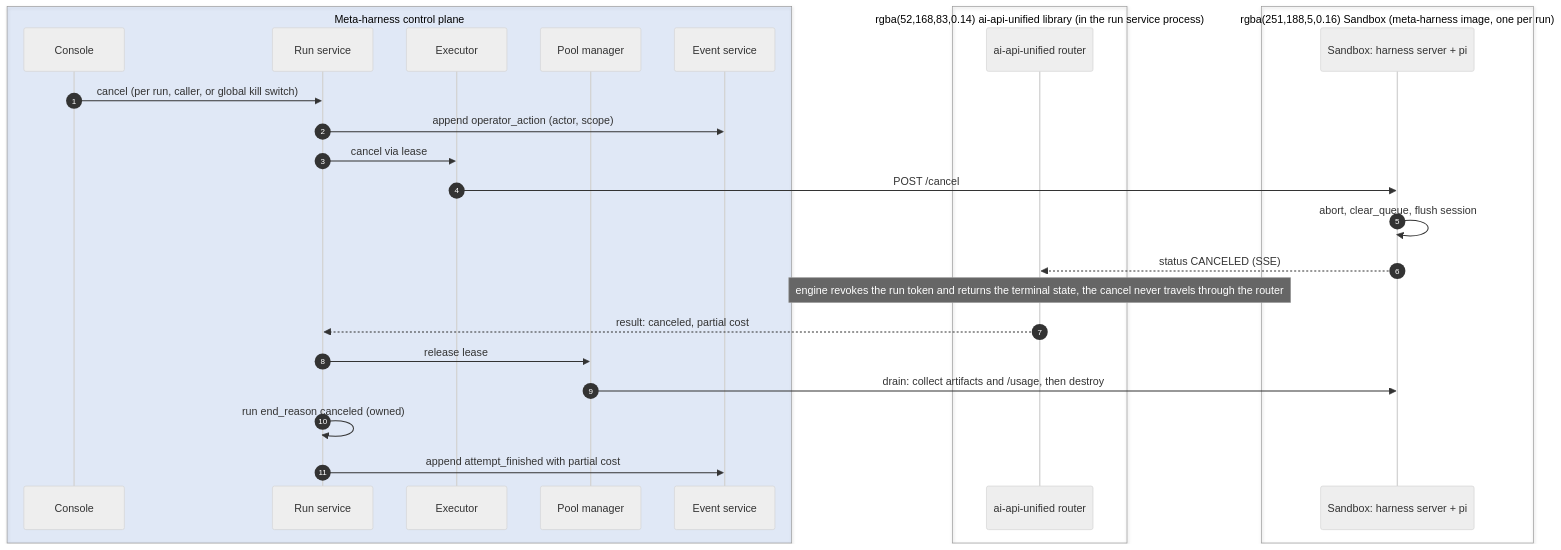
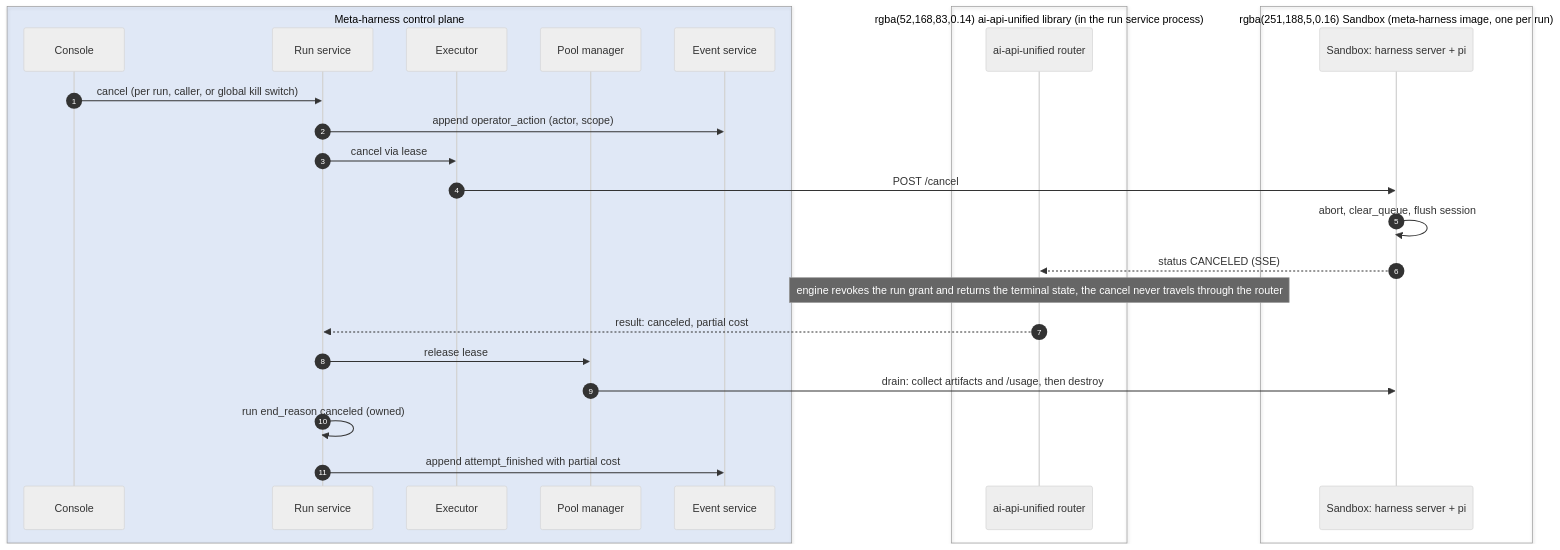
One commit to davecthomas/meta-harness changed the tenth of 12 diagrams in docs/technical-design.md. Above: the diagram before and after it, drawn with Mermaid (neutral theme). The commit also changed other lines of this file and 16 other files, not shown here.

First line of the commit message:
harness/run-grants: pi's model calls run on a run grant

````diff
--- a/docs/technical-design.md
+++ b/docs/technical-design.md
@@ -1115,30 +1115,30 @@
 ```mermaid
 sequenceDiagram
     autonumber
     box rgba(66,135,245,0.12) Meta-harness control plane
     participant CON as Console
     participant W as Run service
     participant EX as Executor
     participant PM as Pool manager
     participant EV as Event service
     end
     box rgba(52,168,83,0.14) ai-api-unified library (in the run service process)
     participant R as ai-api-unified router
     end
     box rgba(251,188,5,0.16) Sandbox (meta-harness image, one per run)
     participant SB as Sandbox: harness server + pi
     end
 
     CON->>W: cancel (per run, caller, or global kill switch)
     W->>EV: append operator_action (actor, scope)
     W->>EX: cancel via lease
     EX->>SB: POST /cancel
     SB->>SB: abort, clear_queue, flush session
     SB-->>R: status CANCELED (SSE)
-    Note over R: engine revokes the run token and returns the terminal state, the cancel never travels through the router
+    Note over R: engine revokes the run grant and returns the terminal state, the cancel never travels through the router
     R-->>W: result: canceled, partial cost
     W->>PM: release lease
     PM->>SB: drain: collect artifacts and /usage, then destroy
     W->>W: run end_reason canceled (owned)
     W->>EV: append attempt_finished with partial cost
 ```
````
